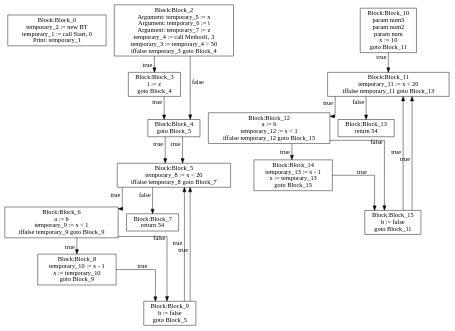
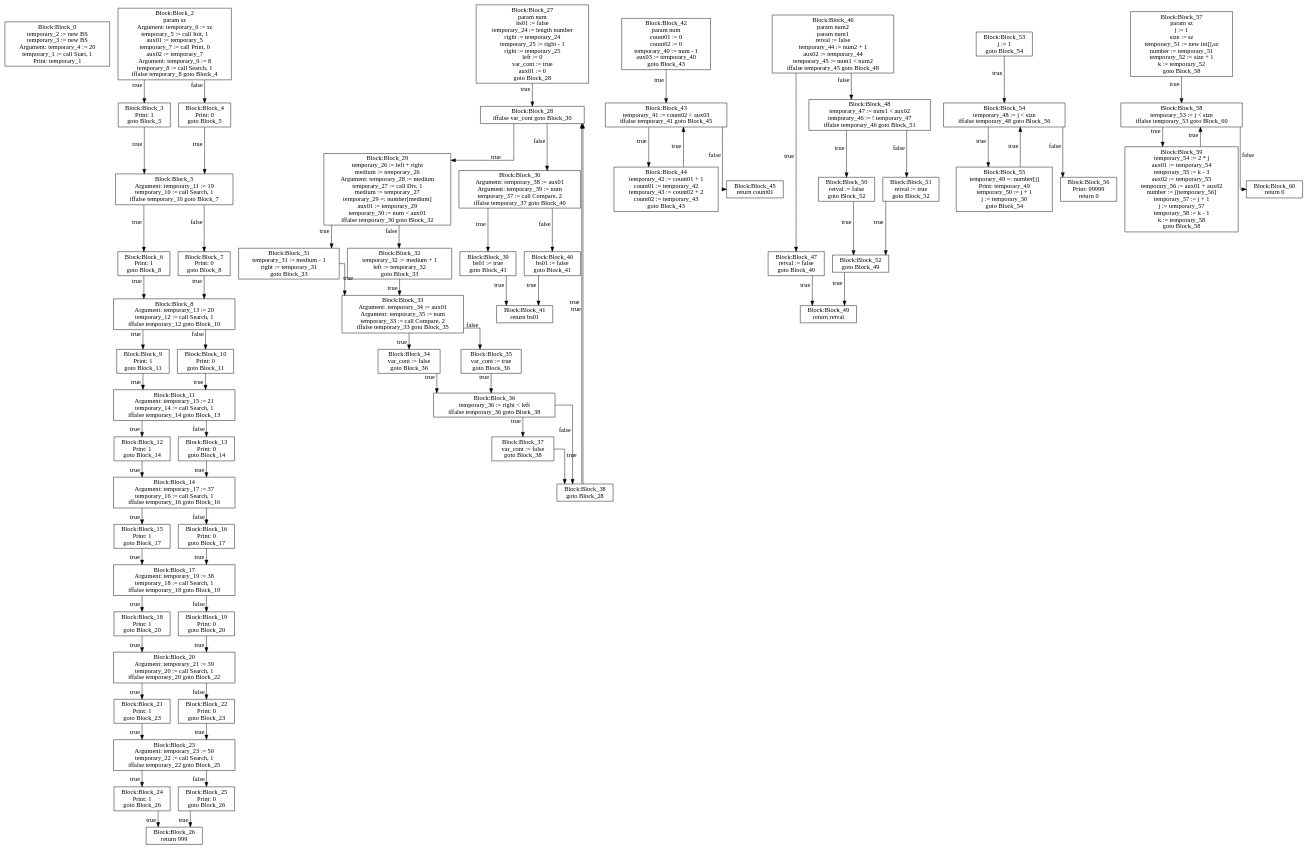
One commit to moondog-matthew/compiler-dv1655 changed the diagram in lab3/CFG-tree.dot. Above: the diagram before and after it, drawn with Graphviz. The commit also changed 4 other files, not shown here.

```diff
--- a/lab3/CFG-tree.dot
+++ b/lab3/CFG-tree.dot
@@ -2,85 +2,318 @@
 graph [ splines = ortho ]
 	node [ shape = box ];
 Block_0 [label="Block:Block_0
-temporary_2 := new BT
-temporary_1 := call Start, 0
+temporary_2 := new BS
+temporary_3 := new BS
+Argument: temporary_4 := 20
+temporary_1 := call Start, 1
 Print: temporary_1"];
 Block_2 [label="Block:Block_2
-Argument: temporary_5 := x
-Argument: temporary_6 := i
-Argument: temporary_7 := z
-temporary_4 := call Method1, 3
-temporary_3 := temporary_4 > 50
-iffalse temporary_3 goto Block_4"];
+param sz
+Argument: temporary_6 := sz
+temporary_5 := call Init, 1
+aux01 := temporary_5
+temporary_7 := call Print, 0
+aux02 := temporary_7
+Argument: temporary_9 := 8
+temporary_8 := call Search, 1
+iffalse temporary_8 goto Block_4"];
 Block_2 -> Block_3 [xlabel = "true"]
 Block_3 [label="Block:Block_3
-i := z
-goto Block_4"];
-Block_3 -> Block_4 [xlabel = "true"]
+Print: 1
+goto Block_5"];
+Block_3 -> Block_5 [xlabel = "true"]
+Block_5 [label="Block:Block_5
+Argument: temporary_11 := 19
+temporary_10 := call Search, 1
+iffalse temporary_10 goto Block_7"];
+Block_5 -> Block_6 [xlabel = "true"]
+Block_6 [label="Block:Block_6
+Print: 1
+goto Block_8"];
+Block_6 -> Block_8 [xlabel = "true"]
+Block_8 [label="Block:Block_8
+Argument: temporary_13 := 20
+temporary_12 := call Search, 1
+iffalse temporary_12 goto Block_10"];
+Block_8 -> Block_9 [xlabel = "true"]
+Block_9 [label="Block:Block_9
+Print: 1
+goto Block_11"];
+Block_9 -> Block_11 [xlabel = "true"]
+Block_11 [label="Block:Block_11
+Argument: temporary_15 := 21
+temporary_14 := call Search, 1
+iffalse temporary_14 goto Block_13"];
+Block_11 -> Block_12 [xlabel = "true"]
+Block_12 [label="Block:Block_12
+Print: 1
+goto Block_14"];
+Block_12 -> Block_14 [xlabel = "true"]
+Block_14 [label="Block:Block_14
+Argument: temporary_17 := 37
+temporary_16 := call Search, 1
+iffalse temporary_16 goto Block_16"];
+Block_14 -> Block_15 [xlabel = "true"]
+Block_15 [label="Block:Block_15
+Print: 1
+goto Block_17"];
+Block_15 -> Block_17 [xlabel = "true"]
+Block_17 [label="Block:Block_17
+Argument: temporary_19 := 38
+temporary_18 := call Search, 1
+iffalse temporary_18 goto Block_19"];
+Block_17 -> Block_18 [xlabel = "true"]
+Block_18 [label="Block:Block_18
+Print: 1
+goto Block_20"];
+Block_18 -> Block_20 [xlabel = "true"]
+Block_20 [label="Block:Block_20
+Argument: temporary_21 := 39
+temporary_20 := call Search, 1
+iffalse temporary_20 goto Block_22"];
+Block_20 -> Block_21 [xlabel = "true"]
+Block_21 [label="Block:Block_21
+Print: 1
+goto Block_23"];
+Block_21 -> Block_23 [xlabel = "true"]
+Block_23 [label="Block:Block_23
+Argument: temporary_23 := 50
+temporary_22 := call Search, 1
+iffalse temporary_22 goto Block_25"];
+Block_23 -> Block_24 [xlabel = "true"]
+Block_24 [label="Block:Block_24
+Print: 1
+goto Block_26"];
+Block_24 -> Block_26 [xlabel = "true"]
+Block_26 [label="Block:Block_26
+return 999"];
+Block_23 -> Block_25 [xlabel = "false"]
+Block_25 [label="Block:Block_25
+Print: 0
+goto Block_26"];
+Block_25 -> Block_26 [xlabel = "true"]
+Block_20 -> Block_22 [xlabel = "false"]
+Block_22 [label="Block:Block_22
+Print: 0
+goto Block_23"];
+Block_22 -> Block_23 [xlabel = "true"]
+Block_17 -> Block_19 [xlabel = "false"]
+Block_19 [label="Block:Block_19
+Print: 0
+goto Block_20"];
+Block_19 -> Block_20 [xlabel = "true"]
+Block_14 -> Block_16 [xlabel = "false"]
+Block_16 [label="Block:Block_16
+Print: 0
+goto Block_17"];
+Block_16 -> Block_17 [xlabel = "true"]
+Block_11 -> Block_13 [xlabel = "false"]
+Block_13 [label="Block:Block_13
+Print: 0
+goto Block_14"];
+Block_13 -> Block_14 [xlabel = "true"]
+Block_8 -> Block_10 [xlabel = "false"]
+Block_10 [label="Block:Block_10
+Print: 0
+goto Block_11"];
+Block_10 -> Block_11 [xlabel = "true"]
+Block_5 -> Block_7 [xlabel = "false"]
+Block_7 [label="Block:Block_7
+Print: 0
+goto Block_8"];
+Block_7 -> Block_8 [xlabel = "true"]
+Block_2 -> Block_4 [xlabel = "false"]
 Block_4 [label="Block:Block_4
+Print: 0
 goto Block_5"];
 Block_4 -> Block_5 [xlabel = "true"]
-Block_5 [label="Block:Block_5
-temporary_8 := x < 20
-iffalse temporary_8 goto Block_7"];
-Block_5 -> Block_6 [xlabel = "true"]
-Block_6 [label="Block:Block_6
-a := b
-temporary_9 := x < 1
-iffalse temporary_9 goto Block_9"];
-Block_6 -> Block_8 [xlabel = "true"]
-Block_8 [label="Block:Block_8
-temporary_10 := x - 1
-x := temporary_10
-goto Block_9"];
-Block_8 -> Block_9 [xlabel = "true"]
-Block_9 [label="Block:Block_9
-b := false
-goto Block_5"];
-Block_9 -> Block_5 [xlabel = "true"]
-Block_6 -> Block_9 [xlabel = "false"]
-Block_9 [label="Block:Block_9
-b := false
-goto Block_5"];
-Block_9 -> Block_5 [xlabel = "true"]
-Block_5 -> Block_7 [xlabel = "false"]
-Block_7 [label="Block:Block_7
-return 54"];
-Block_2 -> Block_4 [xlabel = "false"]
-Block_4 [label="Block:Block_4
-goto Block_5"];
-Block_4 -> Block_5 [xlabel = "true"]
-Block_10 [label="Block:Block_10
-param num3
+Block_27 [label="Block:Block_27
+param num
+bs01 := false
+temporary_24 := length number
+right := temporary_24
+temporary_25 := right - 1
+right := temporary_25
+left := 0
+var_cont := true
+aux01 := 0
+goto Block_28"];
+Block_27 -> Block_28 [xlabel = "true"]
+Block_28 [label="Block:Block_28
+iffalse var_cont goto Block_30"];
+Block_28 -> Block_29 [xlabel = "true"]
+Block_29 [label="Block:Block_29
+temporary_26 := left + right
+medium := temporary_26
+Argument: temporary_28 := medium
+temporary_27 := call Div, 1
+medium := temporary_27
+temporary_29 =: number[medium]
+aux01 := temporary_29
+temporary_30 := num < aux01
+iffalse temporary_30 goto Block_32"];
+Block_29 -> Block_31 [xlabel = "true"]
+Block_31 [label="Block:Block_31
+temporary_31 := medium - 1
+right := temporary_31
+goto Block_33"];
+Block_31 -> Block_33 [xlabel = "true"]
+Block_33 [label="Block:Block_33
+Argument: temporary_34 := aux01
+Argument: temporary_35 := num
+temporary_33 := call Compare, 2
+iffalse temporary_33 goto Block_35"];
+Block_33 -> Block_34 [xlabel = "true"]
+Block_34 [label="Block:Block_34
+var_cont := false
+goto Block_36"];
+Block_34 -> Block_36 [xlabel = "true"]
+Block_36 [label="Block:Block_36
+temporary_36 := right < left
+iffalse temporary_36 goto Block_38"];
+Block_36 -> Block_37 [xlabel = "true"]
+Block_37 [label="Block:Block_37
+var_cont := false
+goto Block_38"];
+Block_37 -> Block_38 [xlabel = "true"]
+Block_38 [label="Block:Block_38
+goto Block_28"];
+Block_38 -> Block_28 [xlabel = "true"]
+Block_36 -> Block_38 [xlabel = "false"]
+Block_38 [label="Block:Block_38
+goto Block_28"];
+Block_38 -> Block_28 [xlabel = "true"]
+Block_33 -> Block_35 [xlabel = "false"]
+Block_35 [label="Block:Block_35
+var_cont := true
+goto Block_36"];
+Block_35 -> Block_36 [xlabel = "true"]
+Block_29 -> Block_32 [xlabel = "false"]
+Block_32 [label="Block:Block_32
+temporary_32 := medium + 1
+left := temporary_32
+goto Block_33"];
+Block_32 -> Block_33 [xlabel = "true"]
+Block_28 -> Block_30 [xlabel = "false"]
+Block_30 [label="Block:Block_30
+Argument: temporary_38 := aux01
+Argument: temporary_39 := num
+temporary_37 := call Compare, 2
+iffalse temporary_37 goto Block_40"];
+Block_30 -> Block_39 [xlabel = "true"]
+Block_39 [label="Block:Block_39
+bs01 := true
+goto Block_41"];
+Block_39 -> Block_41 [xlabel = "true"]
+Block_41 [label="Block:Block_41
+return bs01"];
+Block_30 -> Block_40 [xlabel = "false"]
+Block_40 [label="Block:Block_40
+bs01 := false
+goto Block_41"];
+Block_40 -> Block_41 [xlabel = "true"]
+Block_42 [label="Block:Block_42
+param num
+count01 := 0
+count02 := 0
+temporary_40 := num - 1
+aux03 := temporary_40
+goto Block_43"];
+Block_42 -> Block_43 [xlabel = "true"]
+Block_43 [label="Block:Block_43
+temporary_41 := count02 < aux03
+iffalse temporary_41 goto Block_45"];
+Block_43 -> Block_44 [xlabel = "true"]
+Block_44 [label="Block:Block_44
+temporary_42 := count01 + 1
+count01 := temporary_42
+temporary_43 := count02 + 2
+count02 := temporary_43
+goto Block_43"];
+Block_44 -> Block_43 [xlabel = "true"]
+Block_43 -> Block_45 [xlabel = "false"]
+Block_45 [label="Block:Block_45
+return count01"];
+Block_46 [label="Block:Block_46
 param num2
-param num
-x := 10
-goto Block_11"];
-Block_10 -> Block_11 [xlabel = "true"]
-Block_11 [label="Block:Block_11
-temporary_11 := x < 20
-iffalse temporary_11 goto Block_13"];
-Block_11 -> Block_12 [xlabel = "true"]
-Block_12 [label="Block:Block_12
-a := b
-temporary_12 := x < 1
-iffalse temporary_12 goto Block_15"];
-Block_12 -> Block_14 [xlabel = "true"]
-Block_14 [label="Block:Block_14
-temporary_13 := x - 1
-x := temporary_13
-goto Block_15"];
-Block_14 -> Block_15 [xlabel = "true"]
-Block_15 [label="Block:Block_15
-b := false
-goto Block_11"];
-Block_15 -> Block_11 [xlabel = "true"]
-Block_12 -> Block_15 [xlabel = "false"]
-Block_15 [label="Block:Block_15
-b := false
-goto Block_11"];
-Block_15 -> Block_11 [xlabel = "true"]
-Block_11 -> Block_13 [xlabel = "false"]
-Block_13 [label="Block:Block_13
-return 54"];
+param num1
+retval := false
+temporary_44 := num2 + 1
+aux02 := temporary_44
+temporary_45 := num1 < num2
+iffalse temporary_45 goto Block_48"];
+Block_46 -> Block_47 [xlabel = "true"]
+Block_47 [label="Block:Block_47
+retval := false
+goto Block_49"];
+Block_47 -> Block_49 [xlabel = "true"]
+Block_49 [label="Block:Block_49
+return retval"];
+Block_46 -> Block_48 [xlabel = "false"]
+Block_48 [label="Block:Block_48
+temporary_47 := num1 < aux02
+temporary_46 := ! temporary_47
+iffalse temporary_46 goto Block_51"];
+Block_48 -> Block_50 [xlabel = "true"]
+Block_50 [label="Block:Block_50
+retval := false
+goto Block_52"];
+Block_50 -> Block_52 [xlabel = "true"]
+Block_52 [label="Block:Block_52
+goto Block_49"];
+Block_52 -> Block_49 [xlabel = "true"]
+Block_48 -> Block_51 [xlabel = "false"]
+Block_51 [label="Block:Block_51
+retval := true
+goto Block_52"];
+Block_51 -> Block_52 [xlabel = "true"]
+Block_53 [label="Block:Block_53
+j := 1
+goto Block_54"];
+Block_53 -> Block_54 [xlabel = "true"]
+Block_54 [label="Block:Block_54
+temporary_48 := j < size
+iffalse temporary_48 goto Block_56"];
+Block_54 -> Block_55 [xlabel = "true"]
+Block_55 [label="Block:Block_55
+temporary_49 =: number[j]
+Print: temporary_49
+temporary_50 := j + 1
+j := temporary_50
+goto Block_54"];
+Block_55 -> Block_54 [xlabel = "true"]
+Block_54 -> Block_56 [xlabel = "false"]
+Block_56 [label="Block:Block_56
+Print: 99999
+return 0"];
+Block_57 [label="Block:Block_57
+param sz
+j := 1
+size := sz
+temporary_51 := new int[],sz
+number := temporary_51
+temporary_52 := size + 1
+k := temporary_52
+goto Block_58"];
+Block_57 -> Block_58 [xlabel = "true"]
+Block_58 [label="Block:Block_58
+temporary_53 := j < size
+iffalse temporary_53 goto Block_60"];
+Block_58 -> Block_59 [xlabel = "true"]
+Block_59 [label="Block:Block_59
+temporary_54 := 2 * j
+aux01 := temporary_54
+temporary_55 := k - 3
+aux02 := temporary_55
+temporary_56 := aux01 + aux02
+number := j[temporary_56]
+temporary_57 := j + 1
+j := temporary_57
+temporary_58 := k - 1
+k := temporary_58
+goto Block_58"];
+Block_59 -> Block_58 [xlabel = "true"]
+Block_58 -> Block_60 [xlabel = "false"]
+Block_60 [label="Block:Block_60
+return 0"];
 }
```
